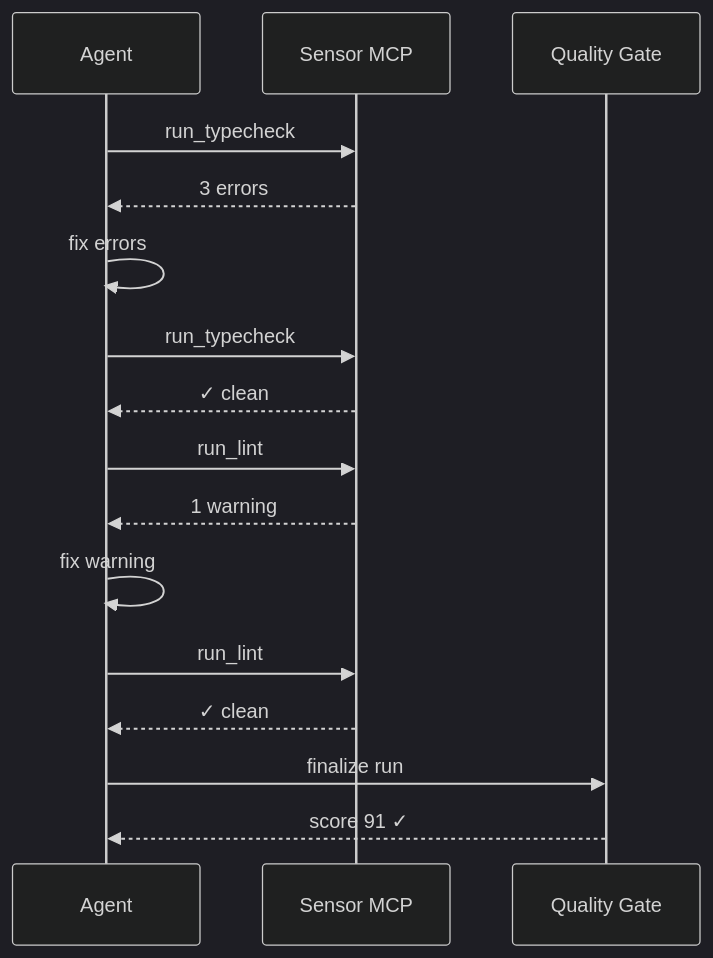
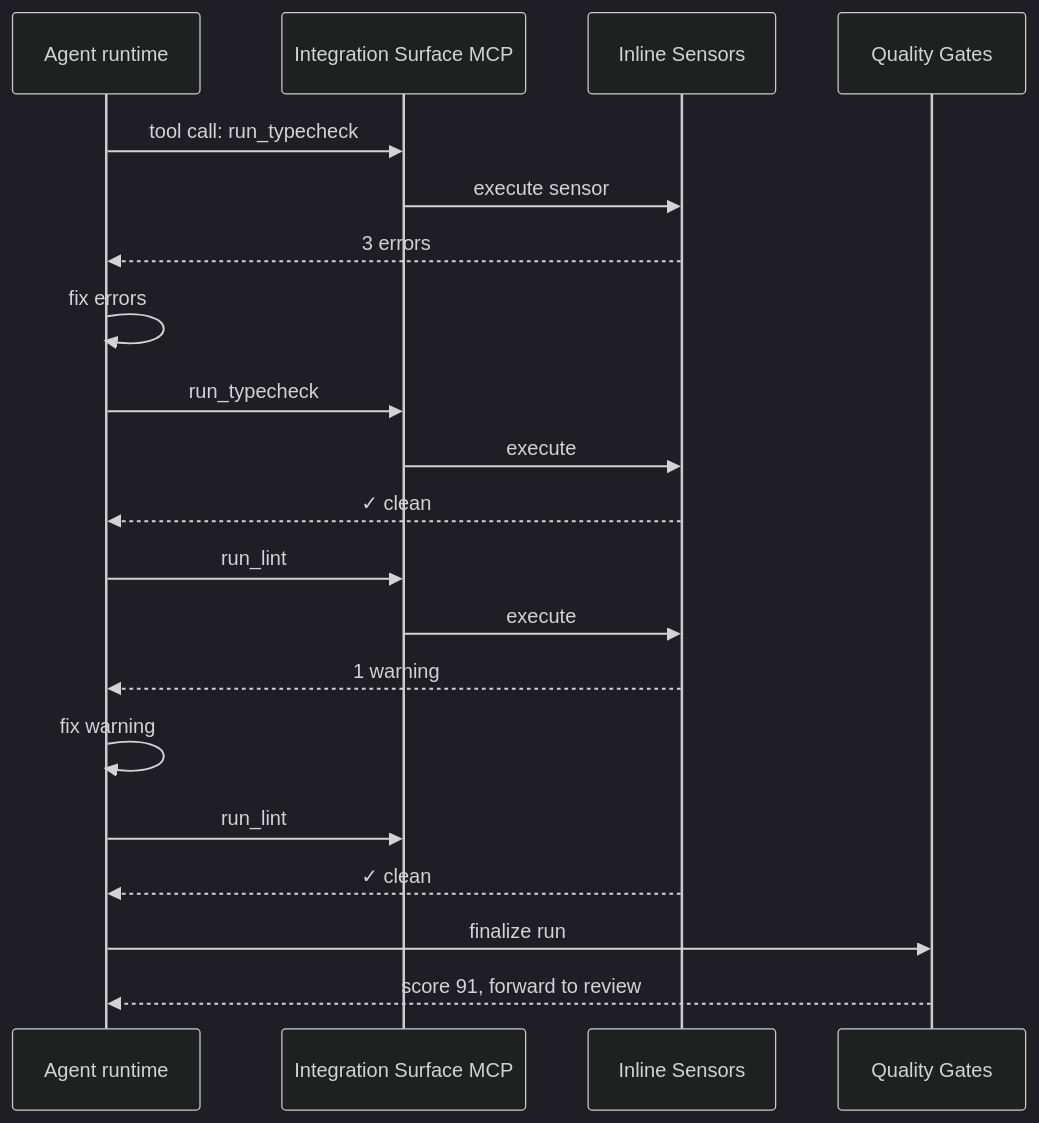
One commit to phuc-nt/dandori-pitch changed the tenth of 10 diagrams in core-features.md. Above: the diagram before and after it, drawn with Mermaid (dark theme). The commit also changed other lines of this file, not shown here.

Commit message:
docs: convert all workflow diagrams to sequence diagrams showing component interactions

````diff
--- a/core-features.md
+++ b/core-features.md
@@ -279,19 +344,23 @@
 ```mermaid
 sequenceDiagram
-    participant Agent
-    participant MCP as Sensor MCP
-    participant QG as Quality Gate
+    participant Agent as Agent runtime
+    participant MCP as Integration Surface MCP
+    participant IS as Inline Sensors
+    participant QG as Quality Gates
 
-    Agent->>MCP: run_typecheck
-    MCP-->>Agent: 3 errors
+    Agent->>MCP: tool call: run_typecheck
+    MCP->>IS: execute sensor
+    IS-->>Agent: 3 errors
     Agent->>Agent: fix errors
     Agent->>MCP: run_typecheck
-    MCP-->>Agent: ✓ clean
+    MCP->>IS: execute
+    IS-->>Agent: ✓ clean
     Agent->>MCP: run_lint
-    MCP-->>Agent: 1 warning
+    MCP->>IS: execute
+    IS-->>Agent: 1 warning
     Agent->>Agent: fix warning
     Agent->>MCP: run_lint
-    MCP-->>Agent: ✓ clean
+    IS-->>Agent: ✓ clean
     Agent->>QG: finalize run
-    QG-->>Agent: score 91 ✓
+    QG-->>Agent: score 91, forward to review
 ```
````
